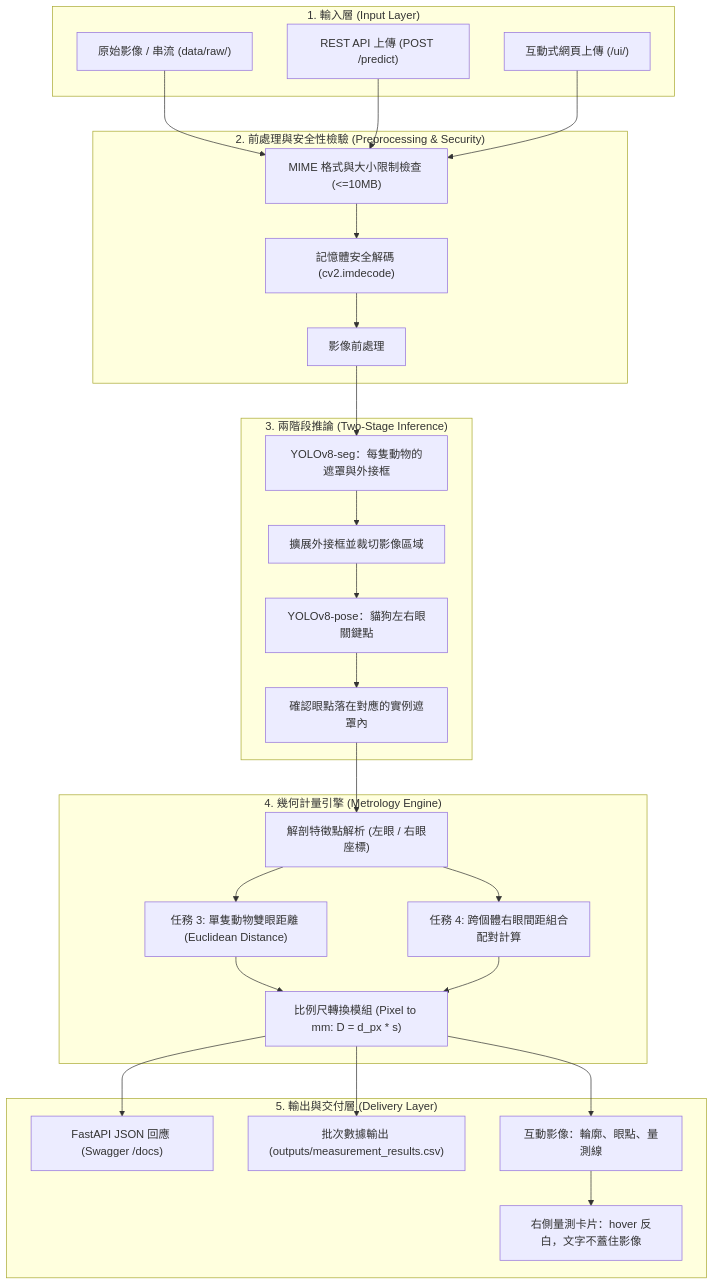
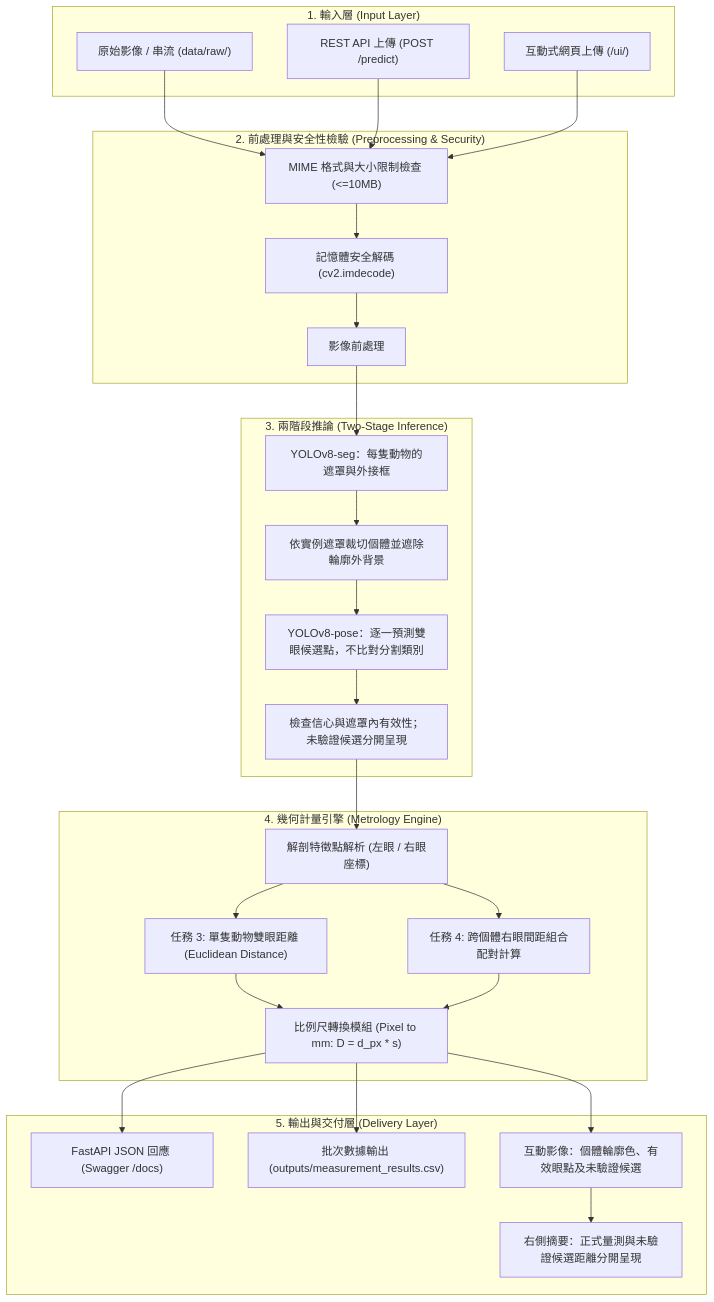
Before and after one commit to KadyTseng/animal-metrology-cv: the first of 2 diagrams in README.md, drawn with Mermaid. The commit also changed other lines of this file and 8 other files, not shown here.

````diff
--- a/README.md
+++ b/README.md
@@ -39,46 +39,46 @@
 ```mermaid
 flowchart TD
     subgraph Input_Layer["1. 輸入層 (Input Layer)"]
         A1["原始影像 / 串流 (data/raw/)"]
         A2["REST API 上傳 (POST /predict)"]
         A3["互動式網頁上傳 (/ui/)"]
     end
 
     subgraph Preprocessing["2. 前處理與安全性檢驗 (Preprocessing & Security)"]
         B1["MIME 格式與大小限制檢查 (<=10MB)"]
         B2["記憶體安全解碼 (cv2.imdecode)"]
         B3["影像前處理"]
     end
 
     subgraph Deep_Learning["3. 兩階段推論 (Two-Stage Inference)"]
         C1["YOLOv8-seg：每隻動物的遮罩與外接框"]
-        C2["擴展外接框並裁切影像區域"]
-        C3["YOLOv8-pose：貓狗左右眼關鍵點"]
-        C4["確認眼點落在對應的實例遮罩內"]
+        C2["依實例遮罩裁切個體並遮除輪廓外背景"]
+        C3["YOLOv8-pose：逐一預測雙眼候選點，不比對分割類別"]
+        C4["檢查信心與遮罩內有效性；未驗證候選分開呈現"]
     end
 
     subgraph Metrology_Engine["4. 幾何計量引擎 (Metrology Engine)"]
         D1["解剖特徵點解析 (左眼 / 右眼座標)"]
         D2["任務 3: 單隻動物雙眼距離 (Euclidean Distance)"]
         D3["任務 4: 跨個體右眼間距組合配對計算"]
         D4["比例尺轉換模組 (Pixel to mm: D = d_px * s)"]
     end
 
     subgraph Delivery_Layer["5. 輸出與交付層 (Delivery Layer)"]
         E1["FastAPI JSON 回應 (Swagger /docs)"]
         E2["批次數據輸出 (outputs/measurement_results.csv)"]
-        E3["互動影像：輪廓、眼點、量測線"]
-        E4["右側量測卡片：hover 反白，文字不蓋住影像"]
+        E3["互動影像：個體輪廓色、有效眼點及未驗證候選"]
+        E4["右側摘要：正式量測與未驗證候選距離分開呈現"]
     end
 
     A1 --> B1
     A2 --> B1
     A3 --> B1
     B1 --> B2 --> B3 --> C1
     C1 --> C2 --> C3 --> C4 --> D1
     D1 --> D2 & D3
     D2 & D3 --> D4
     D4 --> E1
     D4 --> E2
     D4 --> E3 --> E4
 ```
````
